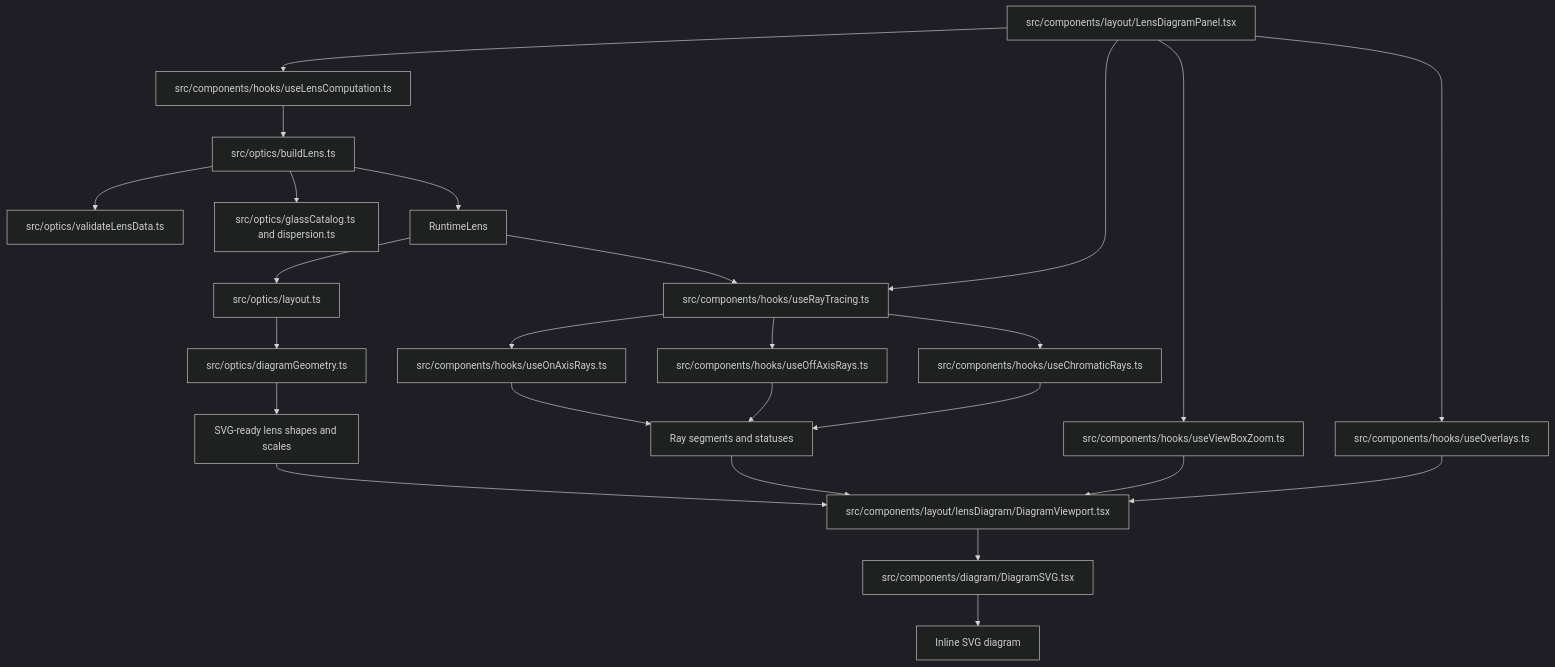
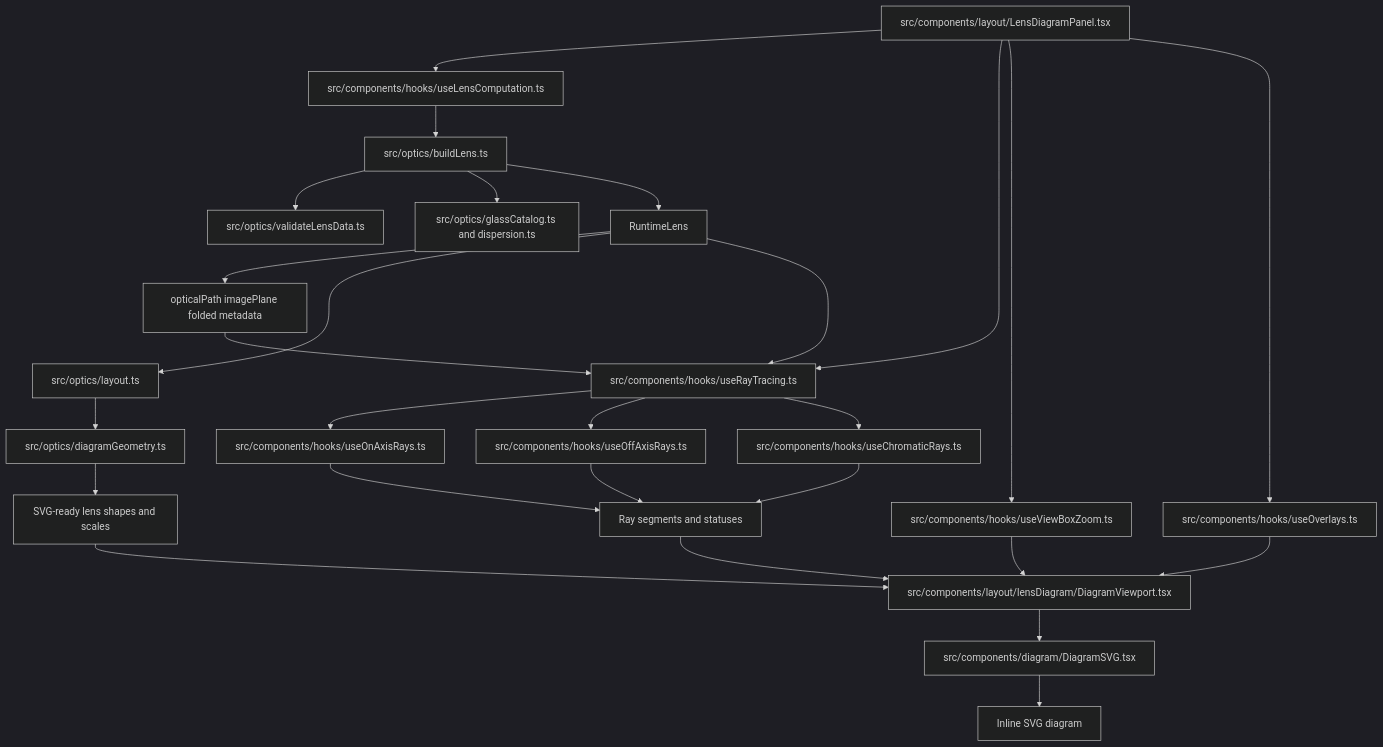
The fourth of 6 diagrams in agent_docs/architecture/program-flow.md (ronbuening/LensVisualizer), drawn with Mermaid (dark theme) before and after one commit. The commit also changed other lines of this file and 22 other files, not shown here.

````diff
--- a/agent_docs/architecture/program-flow.md
+++ b/agent_docs/architecture/program-flow.md
@@ -106,30 +106,32 @@
 ```mermaid
 flowchart TD
   Panel[src/components/layout/LensDiagramPanel.tsx] --> Compute[src/components/hooks/useLensComputation.ts]
   Panel --> Trace[src/components/hooks/useRayTracing.ts]
   Panel --> Zoom[src/components/hooks/useViewBoxZoom.ts]
   Panel --> Overlays[src/components/hooks/useOverlays.ts]
 
   Compute --> BuildLens[src/optics/buildLens.ts]
   BuildLens --> Validate[src/optics/validateLensData.ts]
   BuildLens --> Glass[src/optics/glassCatalog.ts and dispersion.ts]
   BuildLens --> Runtime[RuntimeLens]
+  Runtime --> Path[opticalPath imagePlane folded metadata]
   Runtime --> Layout[src/optics/layout.ts]
   Layout --> Geometry[src/optics/diagramGeometry.ts]
   Geometry --> Shapes[SVG-ready lens shapes and scales]
 
   Runtime --> Trace
+  Path --> Trace
   Trace --> OnAxis[src/components/hooks/useOnAxisRays.ts]
   Trace --> OffAxis[src/components/hooks/useOffAxisRays.ts]
   Trace --> Chromatic[src/components/hooks/useChromaticRays.ts]
   OnAxis --> Segments[Ray segments and statuses]
   OffAxis --> Segments
   Chromatic --> Segments
 
   Shapes --> Viewport[src/components/layout/lensDiagram/DiagramViewport.tsx]
   Segments --> Viewport
   Zoom --> Viewport
   Overlays --> Viewport
   Viewport --> DiagramSVG[src/components/diagram/DiagramSVG.tsx]
   DiagramSVG --> Output[Inline SVG diagram]
 ```
````
